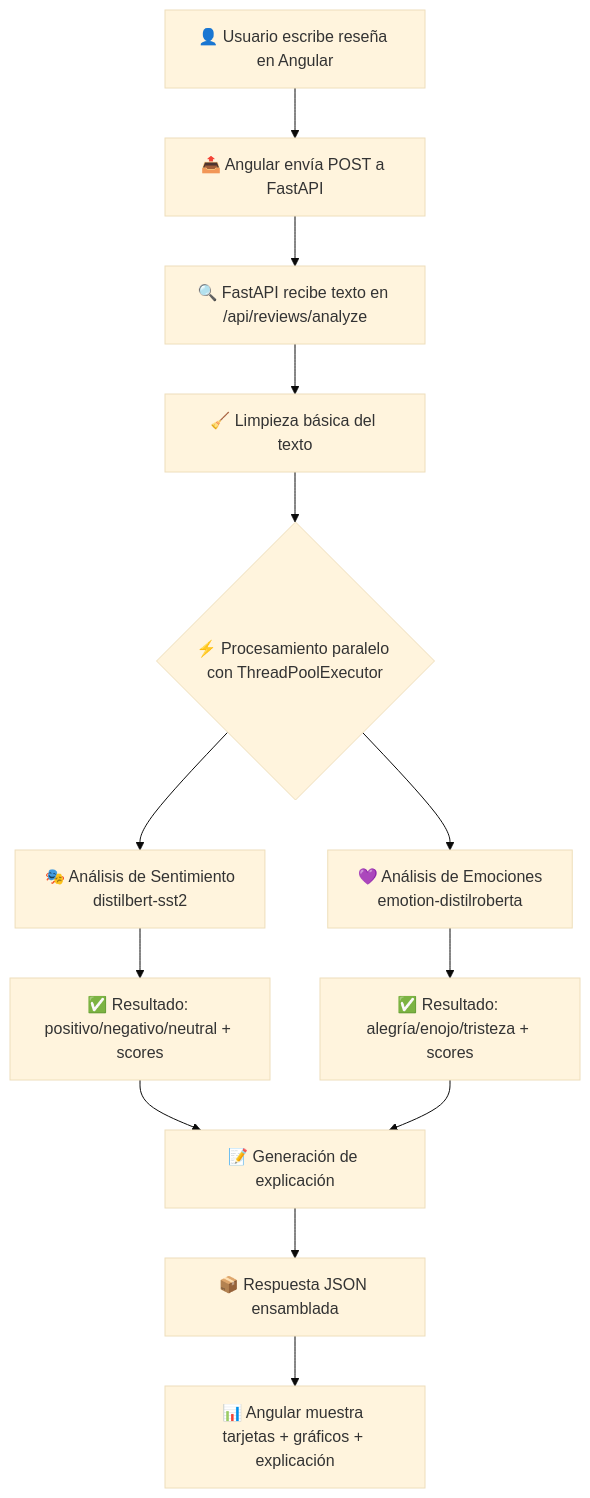
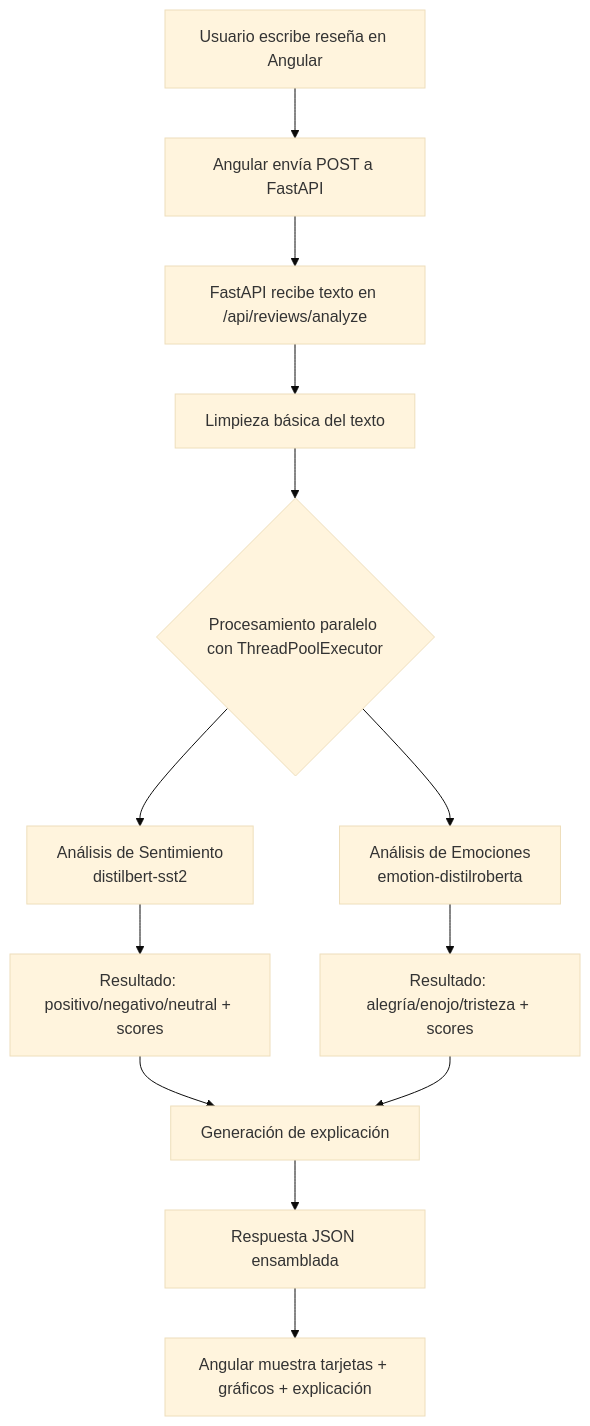
The diagram in README.md (Athina7-7/IntesamentIA), drawn with Mermaid (base theme) before and after one commit. The commit also changed other lines of this file and 2 other files, not shown here.

Commit message:
cambios en backend y comentarios

````diff
--- a/README.md
+++ b/README.md
@@ -24,15 +24,15 @@
 ```mermaid
 flowchart TD
-    A[👤 Usuario escribe reseña en Angular] --> B[📤 Angular envía POST a FastAPI]
-    B --> C[🔍 FastAPI recibe texto en /api/reviews/analyze]
-    C --> D[🧹 Limpieza básica del texto]
-    D --> E{⚡ Procesamiento paralelo con ThreadPoolExecutor}
-    E --> F[🎭 Análisis de Sentimiento\ndistilbert-sst2]
-    E --> G[💜 Análisis de Emociones\nemotion-distilroberta]
-    F --> H[✅ Resultado: positivo/negativo/neutral + scores]
-    G --> I[✅ Resultado: alegría/enojo/tristeza + scores]
-    H --> J[📝 Generación de explicación]
+    A[ Usuario escribe reseña en Angular] --> B[ Angular envía POST a FastAPI]
+    B --> C[ FastAPI recibe texto en /api/reviews/analyze]
+    C --> D[ Limpieza básica del texto]
+    D --> E{ Procesamiento paralelo con ThreadPoolExecutor}
+    E --> F[ Análisis de Sentimiento\ndistilbert-sst2]
+    E --> G[ Análisis de Emociones\nemotion-distilroberta]
+    F --> H[ Resultado: positivo/negativo/neutral + scores]
+    G --> I[ Resultado: alegría/enojo/tristeza + scores]
+    H --> J[ Generación de explicación]
     I --> J
-    J --> K[📦 Respuesta JSON ensamblada]
-    K --> L[📊 Angular muestra tarjetas + gráficos + explicación]
+    J --> K[ Respuesta JSON ensamblada]
+    K --> L[ Angular muestra tarjetas + gráficos + explicación]
 ```
````
